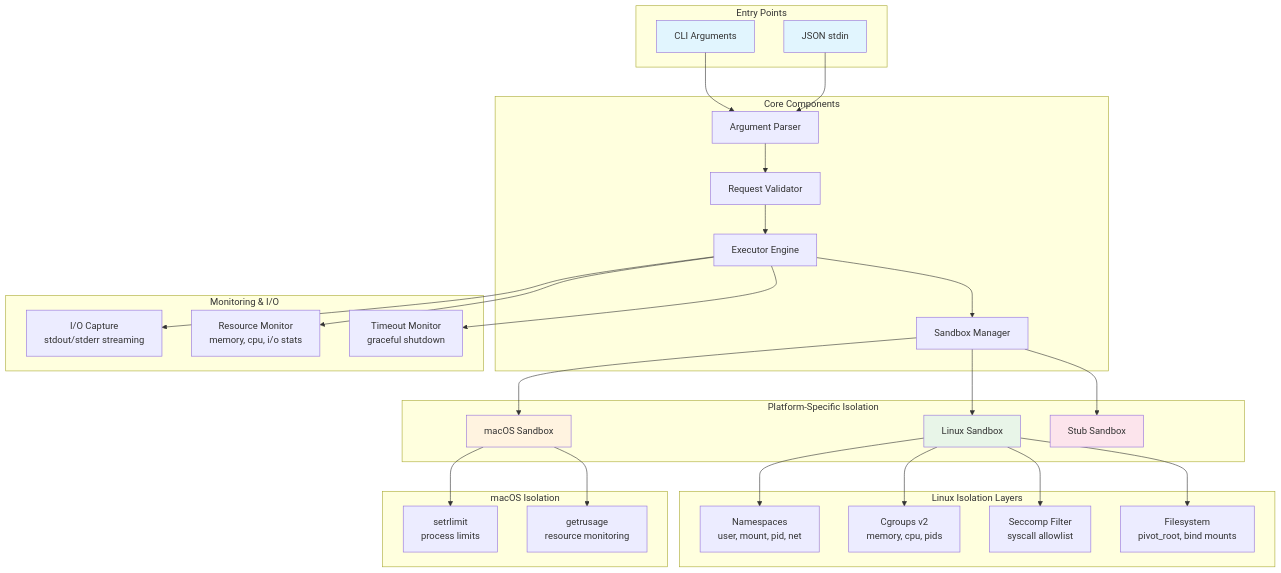
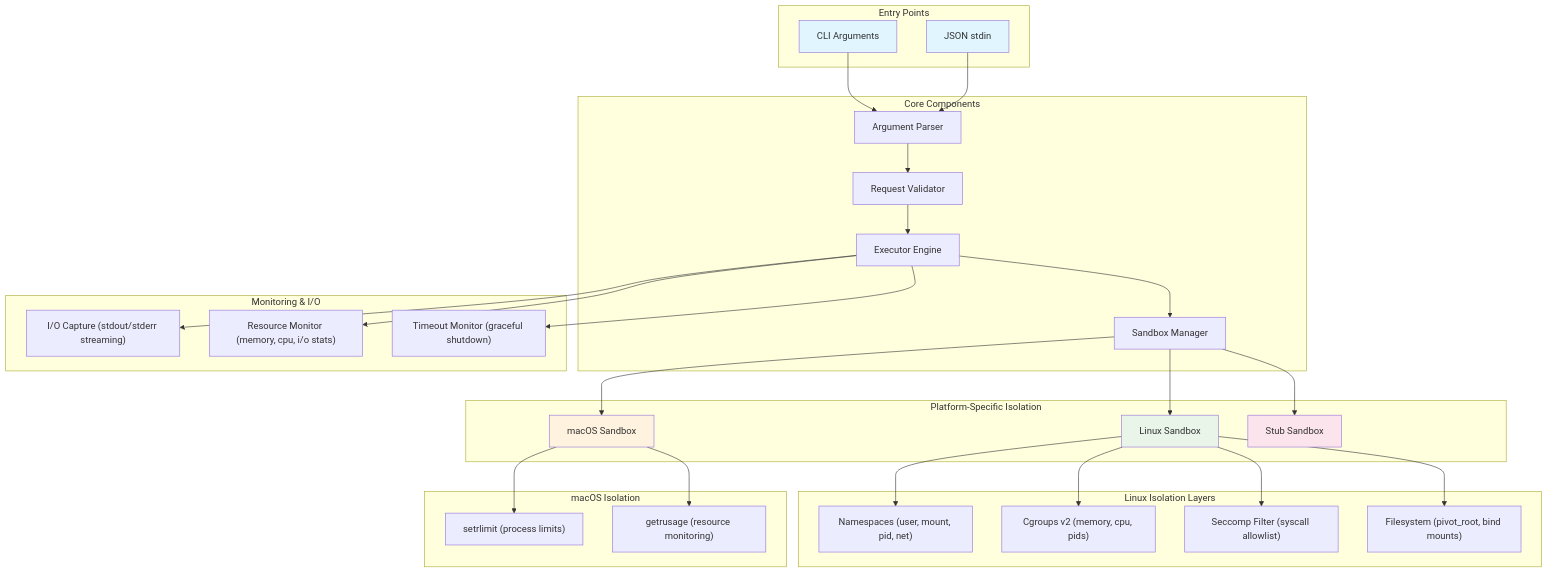
Before and after one commit to haasonsaas/capsule-run: the first of 7 diagrams in docs/architecture-diagrams.md, drawn with Mermaid. The commit also changed other lines of this file, not shown here.

First line of the commit message:
Fix Mermaid syntax errors in architecture diagrams

````diff
--- a/docs/architecture-diagrams.md
+++ b/docs/architecture-diagrams.md
@@ -7,66 +7,66 @@
 ```mermaid
 graph TB
     subgraph "Entry Points"
         CLI[CLI Arguments]
         JSON[JSON stdin]
     end
     
     subgraph "Core Components"
         Parser[Argument Parser]
         Validator[Request Validator]
         Executor[Executor Engine]
         Sandbox[Sandbox Manager]
     end
     
     subgraph "Platform-Specific Isolation"
         LinuxSandbox[Linux Sandbox]
         MacOSSandbox[macOS Sandbox]
         StubSandbox[Stub Sandbox]
     end
     
     subgraph "Linux Isolation Layers"
-        Namespaces[Namespaces<br/>user, mount, pid, net]
-        Cgroups[Cgroups v2<br/>memory, cpu, pids]
-        Seccomp[Seccomp Filter<br/>syscall allowlist]
-        Filesystem[Filesystem<br/>pivot_root, bind mounts]
+        Namespaces["Namespaces (user, mount, pid, net)"]
+        Cgroups["Cgroups v2 (memory, cpu, pids)"]
+        Seccomp["Seccomp Filter (syscall allowlist)"]
+        Filesystem["Filesystem (pivot_root, bind mounts)"]
     end
     
     subgraph "macOS Isolation"
-        SetRLimit[setrlimit<br/>process limits]
-        GetRUsage[getrusage<br/>resource monitoring]
+        SetRLimit["setrlimit (process limits)"]
+        GetRUsage["getrusage (resource monitoring)"]
     end
     
     subgraph "Monitoring & I/O"
-        IOCapture[I/O Capture<br/>stdout/stderr streaming]
-        ResourceMonitor[Resource Monitor<br/>memory, cpu, i/o stats]
-        TimeoutMonitor[Timeout Monitor<br/>graceful shutdown]
+        IOCapture["I/O Capture (stdout/stderr streaming)"]
+        ResourceMonitor["Resource Monitor (memory, cpu, i/o stats)"]
+        TimeoutMonitor["Timeout Monitor (graceful shutdown)"]
     end
     
     CLI --> Parser
     JSON --> Parser
     Parser --> Validator
     Validator --> Executor
     Executor --> Sandbox
     
     Sandbox --> LinuxSandbox
     Sandbox --> MacOSSandbox
     Sandbox --> StubSandbox
     
     LinuxSandbox --> Namespaces
     LinuxSandbox --> Cgroups
     LinuxSandbox --> Seccomp
     LinuxSandbox --> Filesystem
     
     MacOSSandbox --> SetRLimit
     MacOSSandbox --> GetRUsage
     
     Executor --> IOCapture
     Executor --> ResourceMonitor
     Executor --> TimeoutMonitor
     
     style CLI fill:#e1f5fe
     style JSON fill:#e1f5fe
     style LinuxSandbox fill:#e8f5e8
     style MacOSSandbox fill:#fff3e0
     style StubSandbox fill:#fce4ec
 ```
````
